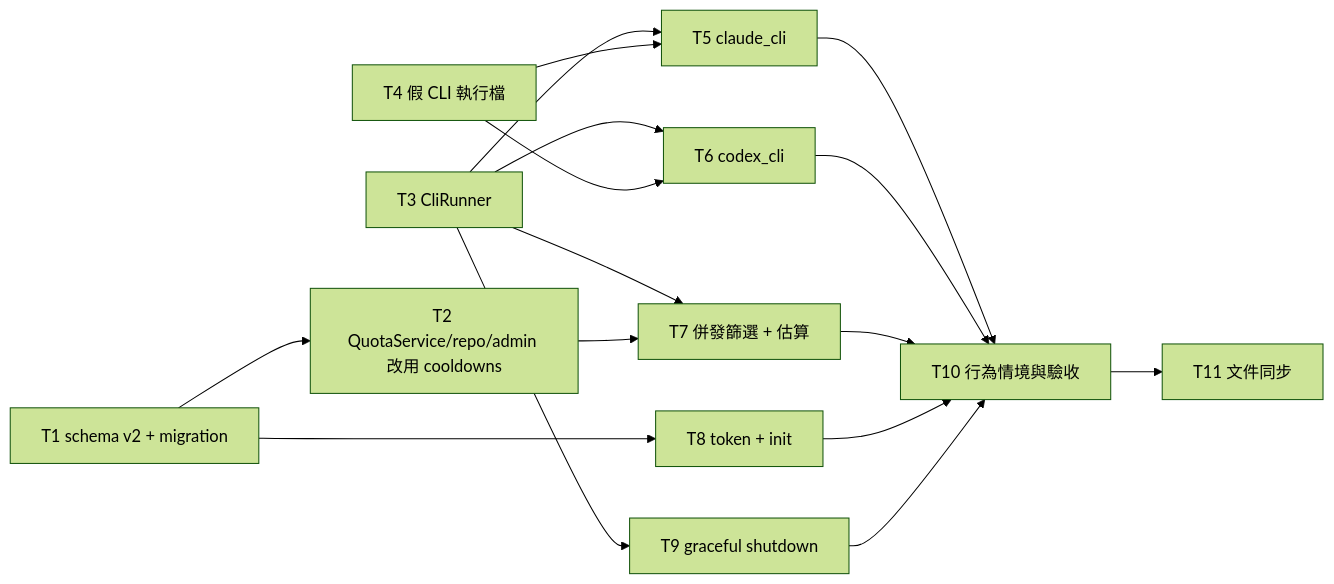
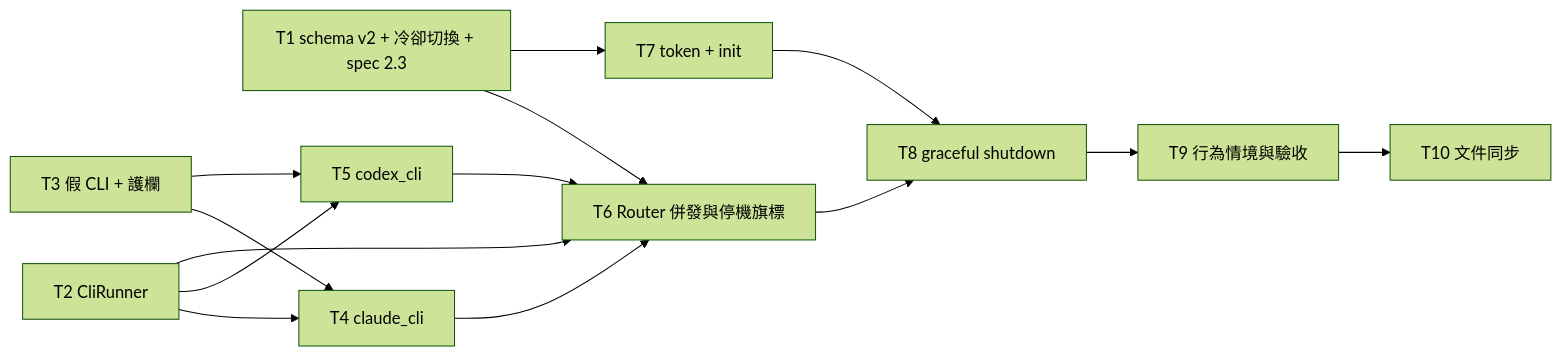
Before and after one commit to kamira/spillway: the fifth of 5 diagrams in sdlc_docs/changes/CHG-20261101-03.md, drawn with Mermaid (forest theme). The commit also changed other lines of this file and 1 other file, not shown here.

Commit message:
CHG-20261101-03: 決策審議(六席 + 獨立審議席)修正 A 類 37 項,併入使用者決定 B1、B2;m3a_cli.feature 補 codex 情境與同步點

````diff
--- a/sdlc_docs/changes/CHG-20261101-03.md
+++ b/sdlc_docs/changes/CHG-20261101-03.md
@@ -126,14 +152,14 @@
 ```mermaid
 flowchart LR
-  T1[T1 schema v2 + migration] --> T2[T2 QuotaService/repo/admin 改用 cooldowns]
-  T3[T3 CliRunner] --> T5[T5 claude_cli]
-  T4[T4 假 CLI 執行檔] --> T5
-  T3 --> T6[T6 codex_cli]
-  T4 --> T6
-  T3 --> T7[T7 併發篩選 + 估算]
-  T2 --> T7
-  T1 --> T8[T8 token + init]
-  T3 --> T9[T9 graceful shutdown]
-  T5 & T6 & T7 & T8 & T9 --> T10[T10 行為情境與驗收]
-  T10 --> T11[T11 文件同步]
+  T1[T1 schema v2 + 冷卻切換 + spec 2.3] --> T6
+  T2[T2 CliRunner] --> T4[T4 claude_cli]
+  T3[T3 假 CLI + 護欄] --> T4
+  T2 --> T5[T5 codex_cli]
+  T3 --> T5
+  T1 --> T7[T7 token + init]
+  T2 --> T6[T6 Router 併發與停機旗標]
+  T4 & T5 --> T6
+  T6 & T7 --> T8[T8 graceful shutdown]
+  T8 --> T9[T9 行為情境與驗收]
+  T9 --> T10[T10 文件同步]
 ```
````
